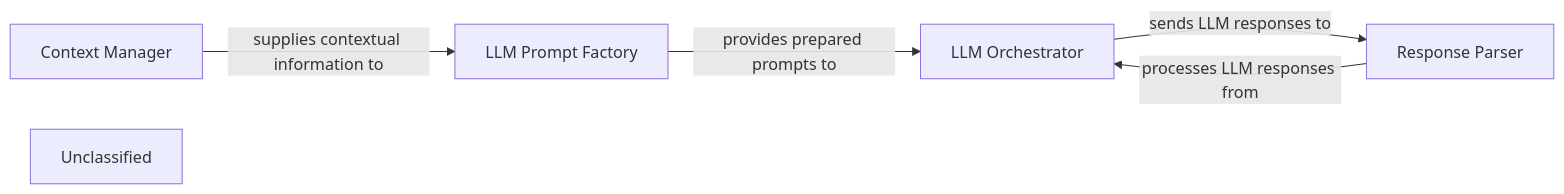
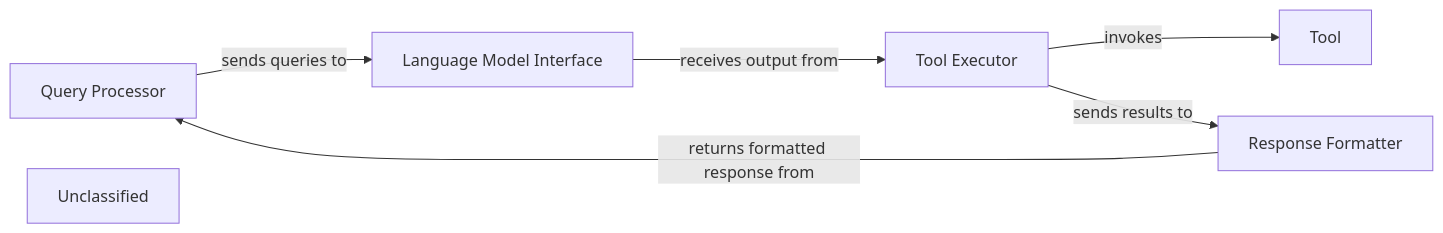
The fourth of 9 diagrams in docs/development/architecture.md (CodeBoarding/CodeBoarding), drawn with Mermaid before and after one commit. The commit also changed other lines of this file and 19 other files, not shown here.

First line of the commit message:
docs: update codeboarding documentation and generate architecture

````diff
--- a/docs/development/architecture.md
+++ b/docs/development/architecture.md
@@ -105,13 +255,13 @@
 ```mermaid
 graph LR
-    LLM_Prompt_Factory["LLM Prompt Factory"]
-    LLM_Orchestrator["LLM Orchestrator"]
-    Response_Parser["Response Parser"]
-    Context_Manager["Context Manager"]
+    Query_Processor["Query Processor"]
+    Language_Model_Interface["Language Model Interface"]
+    Tool_Executor["Tool Executor"]
+    Response_Formatter["Response Formatter"]
     Unclassified["Unclassified"]
-    Context_Manager -- "supplies contextual information to" --> LLM_Prompt_Factory
-    LLM_Prompt_Factory -- "provides prepared prompts to" --> LLM_Orchestrator
-    LLM_Orchestrator -- "sends LLM responses to" --> Response_Parser
-    Response_Parser -- "processes LLM responses from" --> LLM_Orchestrator
-    click LLM_Prompt_Factory href "https://github.com/CodeBoarding/CodeBoarding/blob/main/.codeboarding/LLM_Prompt_Factory.md" "Details"
+    Query_Processor -- "sends queries to" --> Language_Model_Interface
+    Language_Model_Interface -- "receives output from" --> Tool_Executor
+    Tool_Executor -- "invokes" --> Tool
+    Tool_Executor -- "sends results to" --> Response_Formatter
+    Response_Formatter -- "returns formatted response from" --> Query_Processor
 ```
````
